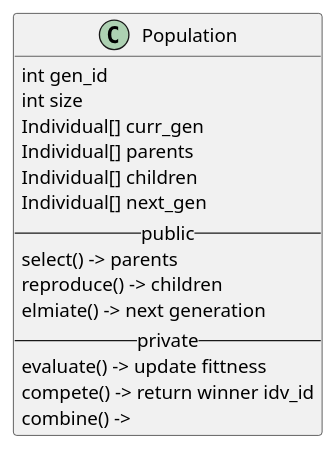
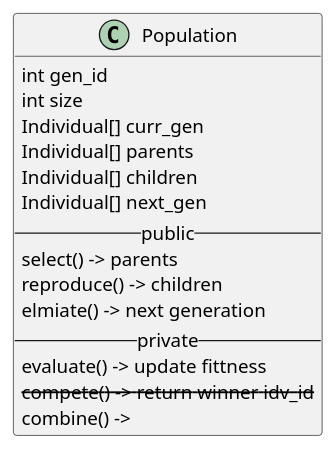
One commit to neal-nie/openGA changed the third of 4 diagrams in doc/architecture.md. Above: the diagram before and after it, drawn with PlantUML. The commit also changed 3 other files, not shown here.

````diff
--- a/doc/architecture.md
+++ b/doc/architecture.md
@@ -40,20 +40,20 @@
     ```puml
     @startuml
     Class Population {
         int gen_id
         int size
         Individual[] curr_gen
         Individual[] parents
         Individual[] children
         Individual[] next_gen
         --public--
         select() -> parents
         reproduce() -> children
         elmiate() -> next generation
         --private--
         evaluate() -> update fittness
-        compete() -> return winner idv_id
+        <s>compete() -> return winner idv_id</s>
         combine() -> 
     }
     @enduml
     ```
````
